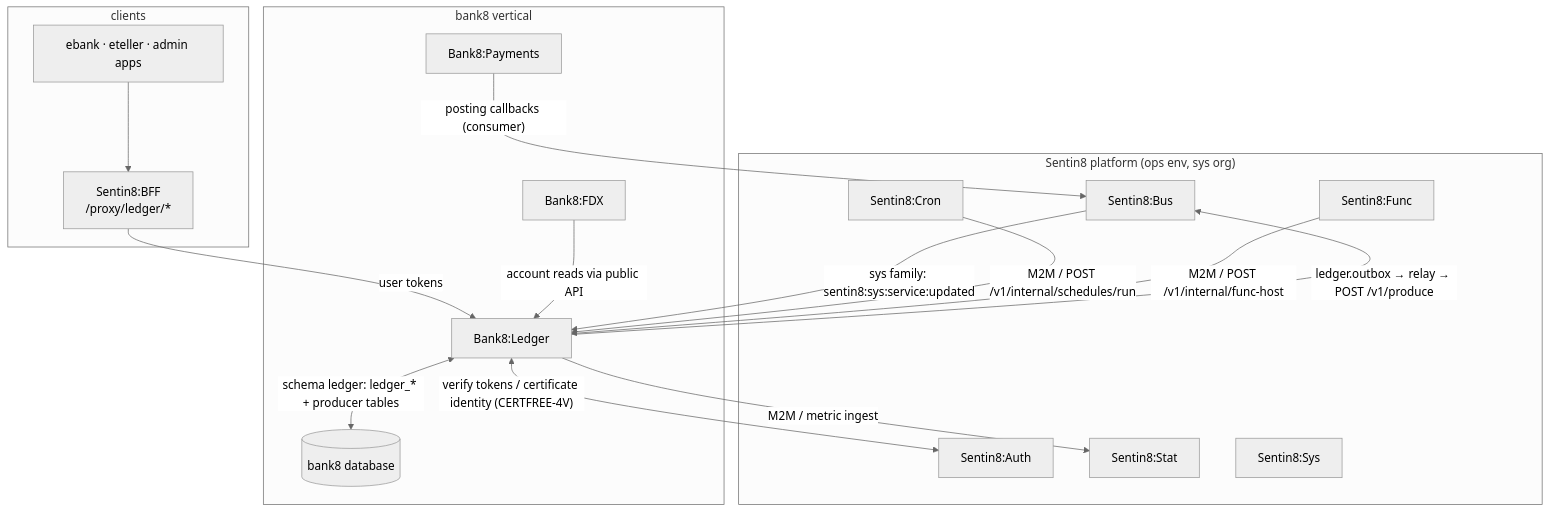
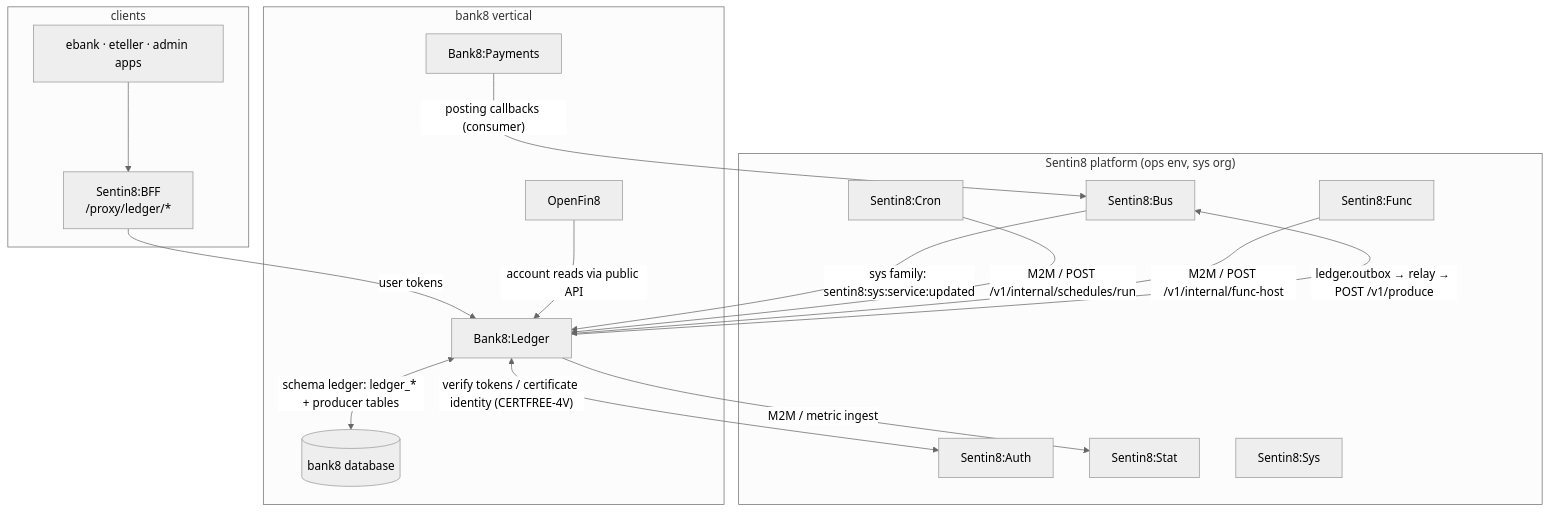
The first of 8 diagrams in docs/products/ledger/design.md (Bank8-dev/bank8-site), drawn with Mermaid (neutral theme) before and after one commit. The commit also changed 4 other files, not shown here.

First line of the commit message:
refactor(FDXNAME-1): the open-banking vertical is OpenFin8 - the retired bank8-fdx name purged tree-wide

````diff
--- a/docs/products/ledger/design.md
+++ b/docs/products/ledger/design.md
@@ -26,31 +26,31 @@
 ```mermaid
 graph TD
     subgraph platform["Sentin8 platform (ops env, sys org)"]
         AUTH["Sentin8:Auth"]
         BUS["Sentin8:Bus"]
         CRON["Sentin8:Cron"]
         FUNC["Sentin8:Func"]
         STAT["Sentin8:Stat"]
         SYS["Sentin8:Sys"]
     end
     subgraph vertical["bank8 vertical"]
         LEDGER["Bank8:Ledger"]
         PAY["Bank8:Payments"]
-        FDX["Bank8:FDX"]
+        FDX["OpenFin8"]
         PG[("bank8 database")]
     end
     subgraph clients
         BFF["Sentin8:BFF<br/>/proxy/ledger/*"]
         APPS["ebank · eteller · admin apps"]
     end
     APPS --> BFF -->|"user tokens"| LEDGER
     LEDGER <-->|"verify tokens / certificate identity (CERTFREE-4V)"| AUTH
     LEDGER -->|"ledger.outbox → relay → POST /v1/produce"| BUS
     BUS -->|"sys family: sentin8:sys:service:updated"| LEDGER
     CRON -->|"M2M / POST /v1/internal/schedules/run"| LEDGER
     FUNC -->|"M2M / POST /v1/internal/func-host"| LEDGER
     LEDGER -->|"M2M / metric ingest"| STAT
     PAY -->|"posting callbacks (consumer)"| BUS
     FDX -->|"account reads via public API"| LEDGER
     LEDGER <-->|"schema ledger: ledger_* + producer tables"| PG
 ```
````
